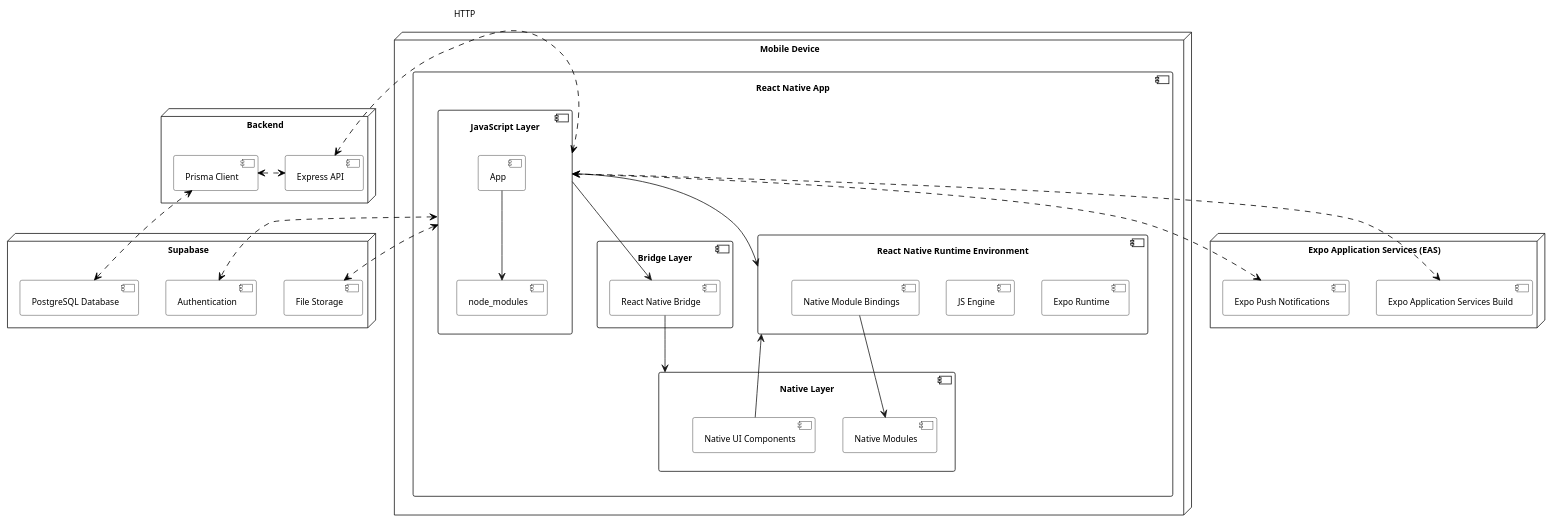
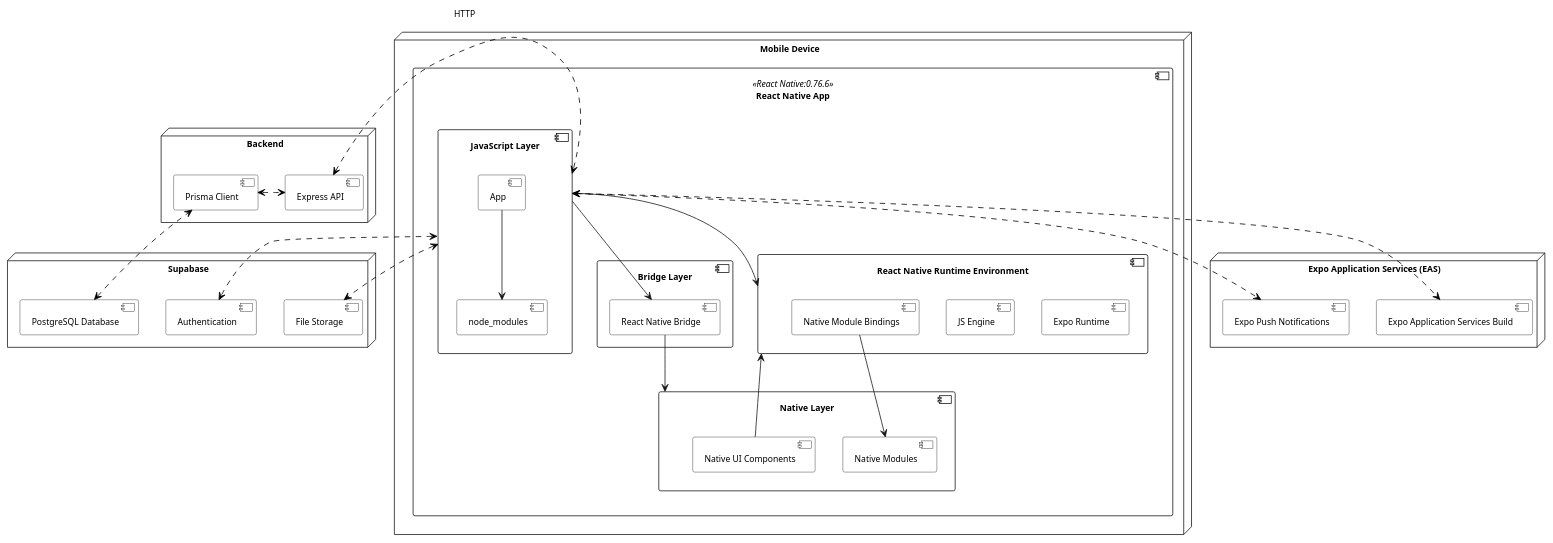
One commit to valeraruggierotesisucv/tesis-frameworks-mobile-diagrams changed the diagram in Diseño/React Native/ArchitectureDiagram.plantuml. Above: the diagram before and after it, drawn with PlantUML. The commit also changed 11 other files, not shown here.

Commit message:
ionic diagrams

```diff
--- a/Diseño/React Native/ArchitectureDiagram.plantuml
+++ b/Diseño/React Native/ArchitectureDiagram.plantuml
@@ -1,64 +1,64 @@
 @startuml architecture_design
 skinparam ComponentBackgroundColor white
 skinparam defaultTextAlignment center
 skinparam defaultFontSize 11
 
 node "Mobile Device" as mobileDevice {
-    component "React Native App" as reactNativeApp {
+    component "React Native App" as reactNativeApp <<React Native:0.76.6>> {
          component "JavaScript Layer" as jsLayer {
             component "App" as app 
             component "node_modules" as nodeModules
         }
         
         component "Bridge Layer" as bridgeLayer {
             component "React Native Bridge" as bridge
         }
         
         component "Native Layer" as nativeLayer {
             component "Native Modules" as nativeModules
             component "Native UI Components" as nativeComponents
         }
 
          component "React Native Runtime Environment" as runtime {
             component "Expo Runtime" as expoRuntime 
             component "JS Engine" as jsEngine
             component "Native Module Bindings" as moduleBindings
         }
         
         ' Internal connections
         jsLayer --> bridge
         bridge --> nativeLayer
         jsLayer --> runtime
         app --> nodeModules
         moduleBindings --> nativeModules
         nativeComponents --> runtime
     }
 
 }
 
 node "Backend" as backend {
     component "Express API" as expressAPI
     component "Prisma Client" as prismaClient
 }
 
 node "Supabase" as supabase {
     component "Authentication" as auth
     component "File Storage" as fileStorage
     component "PostgreSQL Database" as postgresDB
 }
 
 node "Expo Application Services (EAS)" as expoServices {
     component "Expo Push Notifications" as expoPushNotifications
     component "Expo Application Services Build" as expoApplicationServicesBuild
 }
 
 jsLayer <..[#000000]l..> expressAPI : <font color=000000>HTTP</font>
 prismaClient <.[#000000]u.> postgresDB
 jsLayer <.[#000000]d.> fileStorage
 jsLayer <.[#000000]d.> auth
 
 expressAPI <.[#000000]l.> prismaClient
 jsLayer <.[#000000]d.> expoPushNotifications
 jsLayer <.[#000000]d.> expoApplicationServicesBuild
 
 @enduml
```
